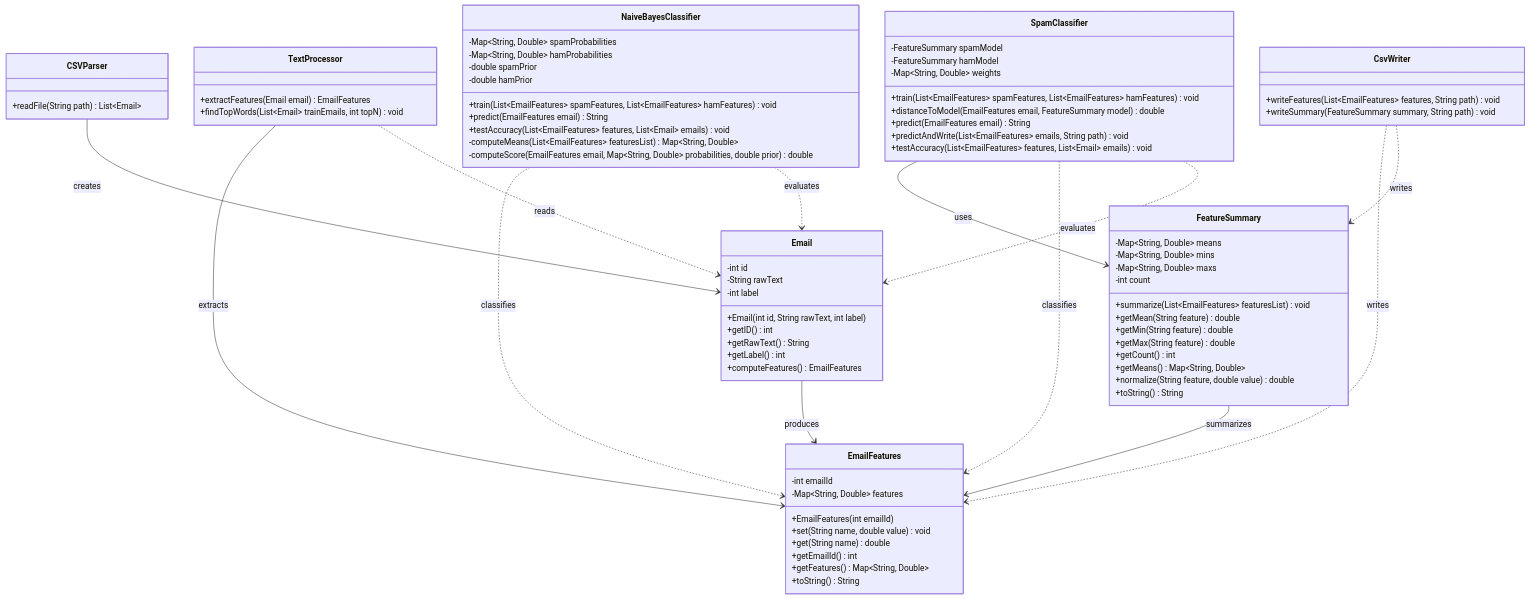
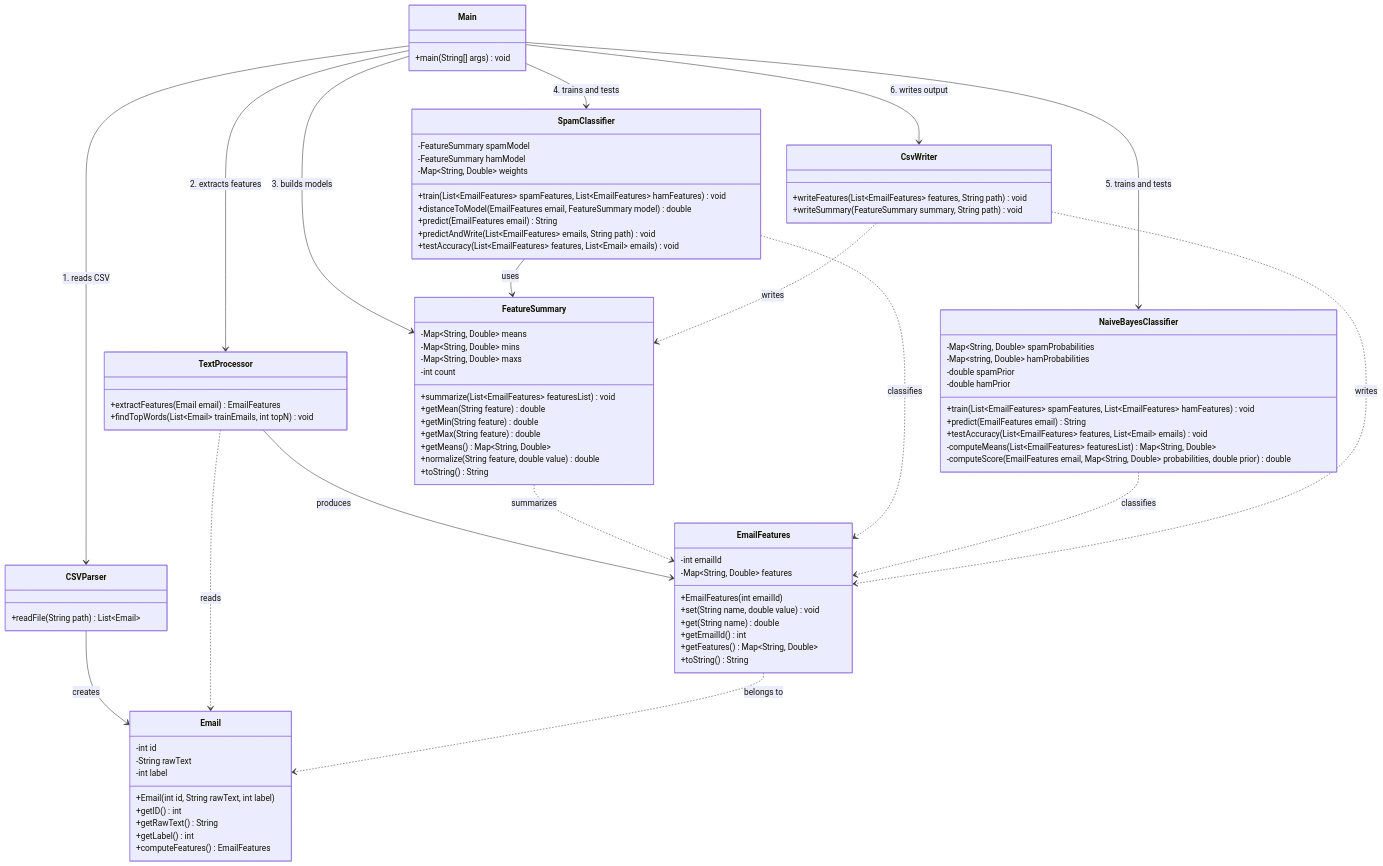
One commit to CarterFennen/CSCIII-WCU-Spam-Email-Filter changed the diagram in README.md. Above: the diagram before and after it, drawn with Mermaid.

Commit message:
Update README.md
Improved readability of UML

````diff
--- a/README.md
+++ b/README.md
@@ -4,5 +4,15 @@
 ```mermaid
 classDiagram
+    direction TB
+
+    class Main {
+        +main(String[] args) void
+    }
+
+    class CSVParser {
+        +readFile(String path) List~Email~
+    }
+
     class Email {
         -int id
         -String rawText
@@ -12,6 +22,11 @@
         +getRawText() String
         +getLabel() int
         +computeFeatures() EmailFeatures
+    }
+
+    class TextProcessor {
+        +extractFeatures(Email email) EmailFeatures
+        +findTopWords(List~Email~ trainEmails, int topN) void
     }
 
     class EmailFeatures {
@@ -25,15 +40,6 @@
         +toString() String
     }
 
-    class CSVParser {
-        +readFile(String path) List~Email~
-    }
-
-    class TextProcessor {
-        +extractFeatures(Email email) EmailFeatures
-        +findTopWords(List~Email~ trainEmails, int topN) void
-    }
-
     class FeatureSummary {
         -Map~String, Double~ means
         -Map~String, Double~ mins
@@ -43,7 +49,6 @@
         +getMean(String feature) double
         +getMin(String feature) double
         +getMax(String feature) double
-        +getCount() int
         +getMeans() Map~String, Double~
         +normalize(String feature, double value) double
         +toString() String
@@ -67,7 +72,7 @@
 
     class NaiveBayesClassifier {
         -Map~String, Double~ spamProbabilities
-        -Map~String, Double~ hamProbabilities
+        -Map~string, Double~ hamProbabilities
         -double spamPrior
         -double hamPrior
         +train(List~EmailFeatures~ spamFeatures, List~EmailFeatures~ hamFeatures) void
@@ -77,17 +82,21 @@
         -computeScore(EmailFeatures email, Map~String, Double~ probabilities, double prior) double
     }
 
+    Main --> CSVParser : 1. reads CSV
+    Main --> TextProcessor : 2. extracts features
+    Main --> FeatureSummary : 3. builds models
+    Main --> SpamClassifier : 4. trains and tests
+    Main --> NaiveBayesClassifier : 5. trains and tests
+    Main --> CsvWriter : 6. writes output
+
     CSVParser --> Email : creates
-    Email --> EmailFeatures : produces
-    TextProcessor --> EmailFeatures : extracts
+    TextProcessor --> EmailFeatures : produces
     TextProcessor ..> Email : reads
-    FeatureSummary --> EmailFeatures : summarizes
-    CsvWriter ..> EmailFeatures : writes
-    CsvWriter ..> FeatureSummary : writes
+    EmailFeatures ..> Email : belongs to
+    FeatureSummary ..> EmailFeatures : summarizes
     SpamClassifier --> FeatureSummary : uses
     SpamClassifier ..> EmailFeatures : classifies
     NaiveBayesClassifier ..> EmailFeatures : classifies
-    NaiveBayesClassifier ..> Email : evaluates
-    SpamClassifier ..> Email : evaluates
-
+    CsvWriter ..> EmailFeatures : writes
+    CsvWriter ..> FeatureSummary : writes
 ```
````
